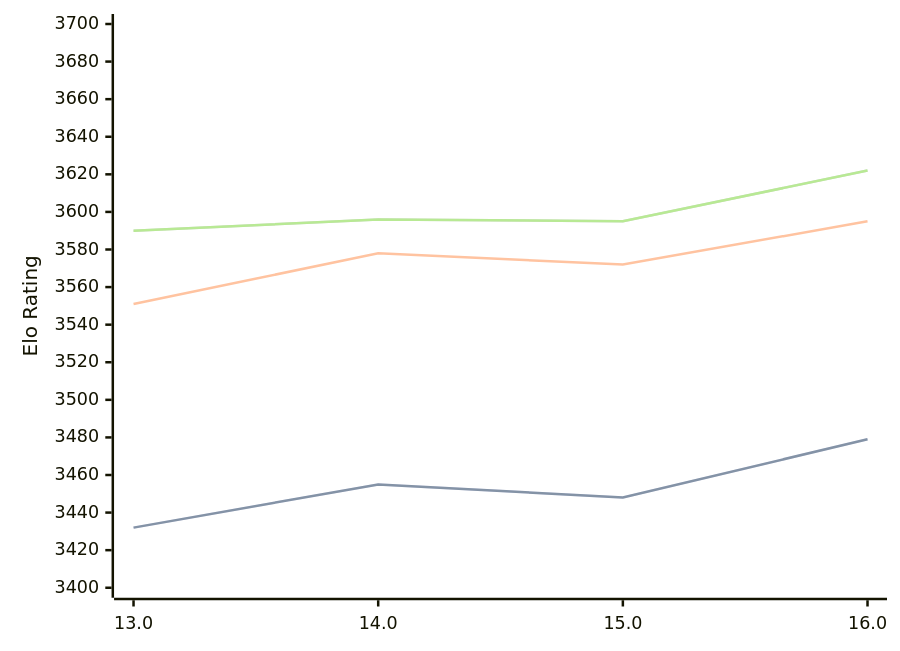
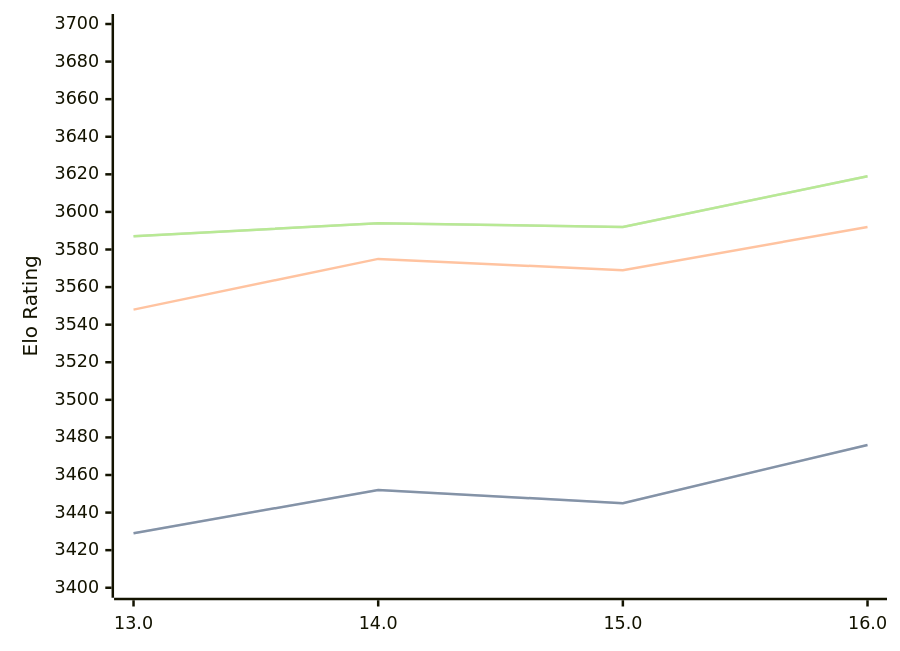
One commit to computer-chess-index/cci changed the diagram in engines/Obsidian.md. Above: the diagram before and after it, drawn with Mermaid. The commit also changed other lines of this file, not shown here.

Commit message:
Update CCI Ratings (ELO VLTC) - 2026-03-10

````diff
--- a/engines/Obsidian.md
+++ b/engines/Obsidian.md
@@ -41,11 +41,11 @@
 ```mermaid
 %%{init: {"theme":"base","themeVariables":{"seriesColors:['#a3a3a3','#222221','#faa371']}}}%%
 xychart-beta
   x-axis ["13.0", "14.0", "15.0", "16.0"]
   y-axis "Elo Rating" 3400 --> 3700
-  line "STC (8.0+0.08s)" [3432, 3455, 3448, 3479]
-  line "STC (8.0+0.08s)" [3432, 3455, 3448, 3479]
-  line "LTC (60.0+0.60s)" [3551, 3578, 3572, 3595]
-  line "VLTC (2m24s+1.12s)" [3590, 3596, 3595, 3622]
-  line "VLTC (2m24s+1.12s)" [3590, 3596, 3595, 3622]
+  line "STC (8.0+0.08s)" [3429, 3452, 3445, 3476]
+  line "STC (8.0+0.08s)" [3429, 3452, 3445, 3476]
+  line "LTC (60.0+0.60s)" [3548, 3575, 3569, 3592]
+  line "VLTC (2m24s+1.12s)" [3587, 3594, 3592, 3619]
+  line "VLTC (2m24s+1.12s)" [3587, 3594, 3592, 3619]
 ```
````
